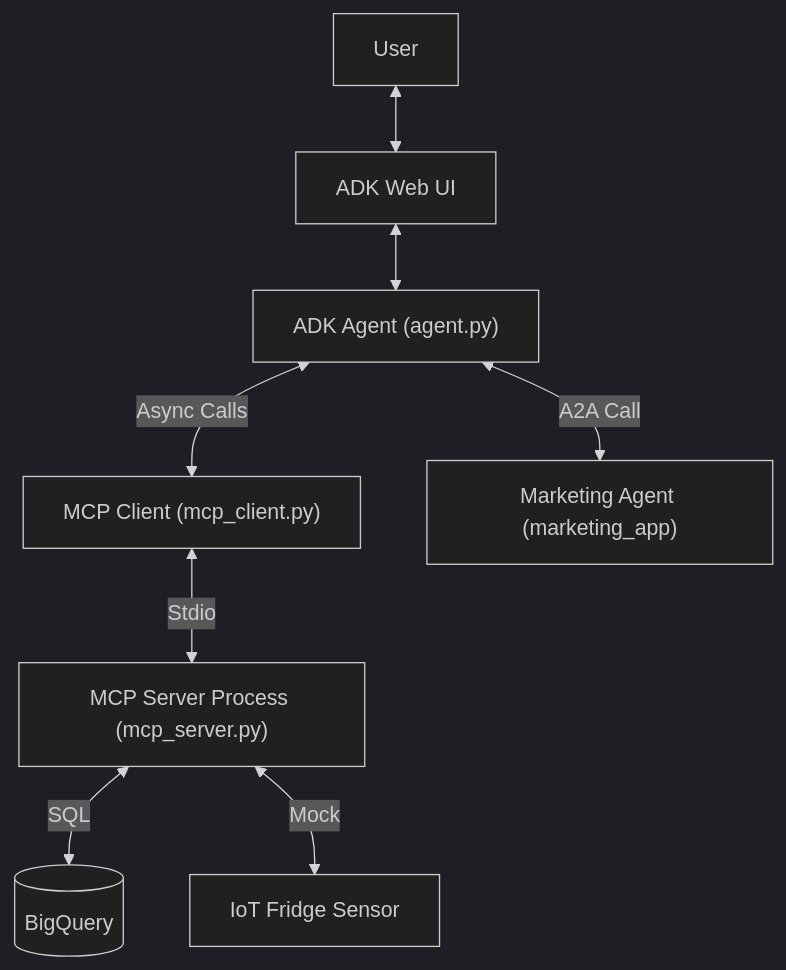
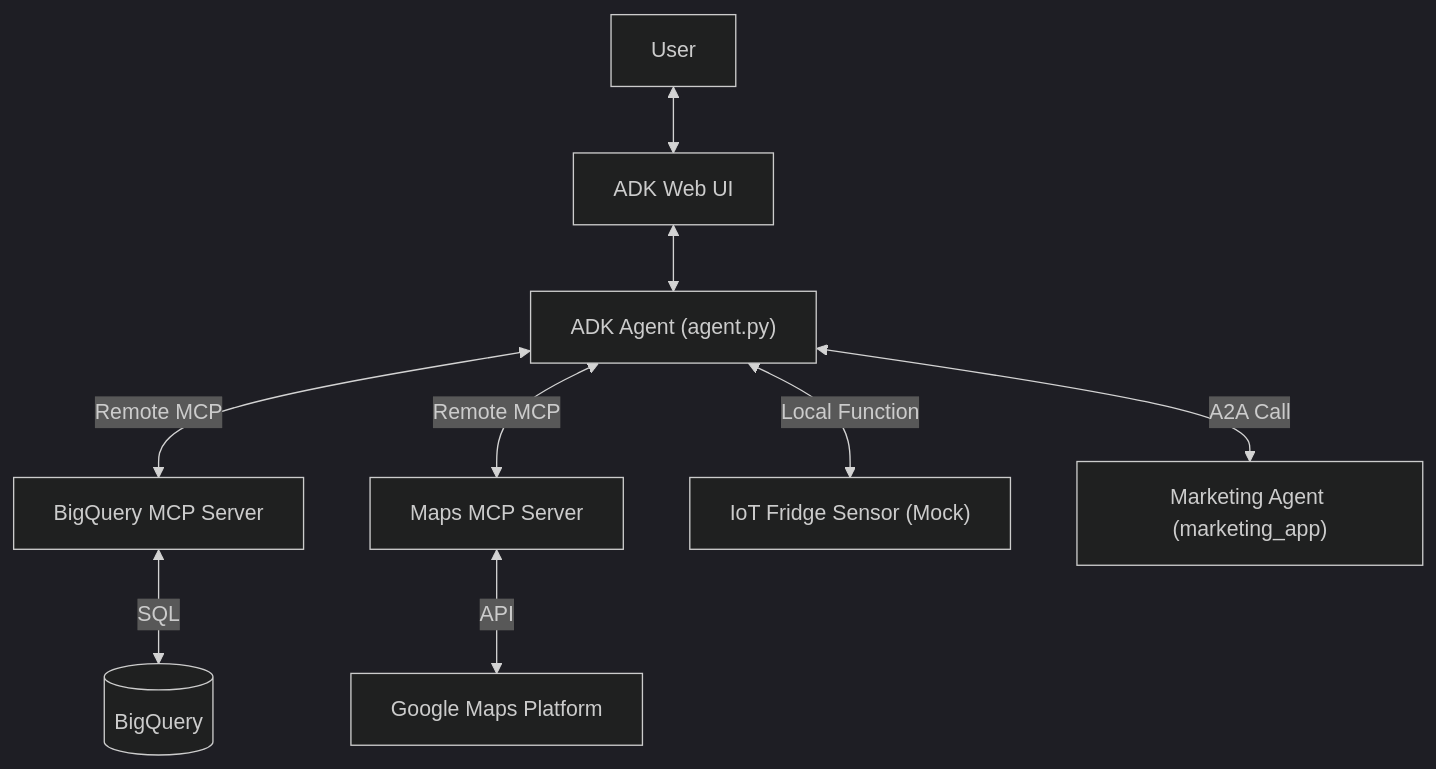
Before and after one commit to Vadoid/save-the-chickens: the diagram in chickens_app/README.md, drawn with Mermaid (dark theme). The commit also changed other lines of this file and 9 other files, not shown here.

Commit message:
Refactor to use BQ and Maps Remote MCP servers

````diff
--- a/chickens_app/README.md
+++ b/chickens_app/README.md
@@ -9,10 +9,11 @@
 ```mermaid
 graph TD
     User[User] <--> WebUI["ADK Web UI"]
     WebUI <--> Agent["ADK Agent (agent.py)"]
-    Agent <-->|Async Calls| Client["MCP Client (mcp_client.py)"]
-    Client <-->|Stdio| Server["MCP Server Process (mcp_server.py)"]
-    Server <-->|SQL| BQ[("BigQuery")]
-    Server <-->|Mock| IoT["IoT Fridge Sensor"]
+    Agent <-->|Remote MCP| BQServer["BigQuery MCP Server"]
+    Agent <-->|Remote MCP| MapsServer["Maps MCP Server"]
+    BQServer <-->|SQL| BQ[("BigQuery")]
+    MapsServer <-->|API| Maps["Google Maps Platform"]
+    Agent <-->|Local Function| IoT["IoT Fridge Sensor (Mock)"]
     Agent <-->|A2A Call| Marketing["Marketing Agent (marketing_app)"]
 ```
````
